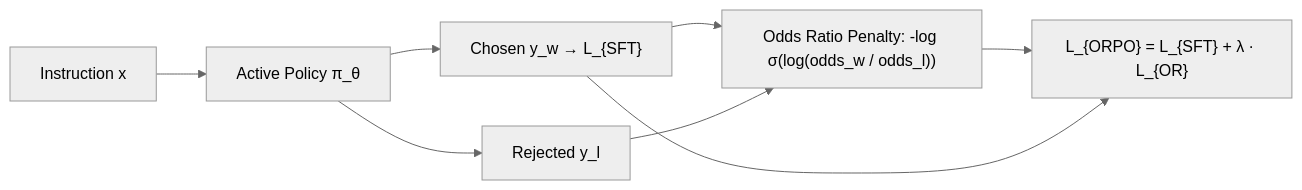
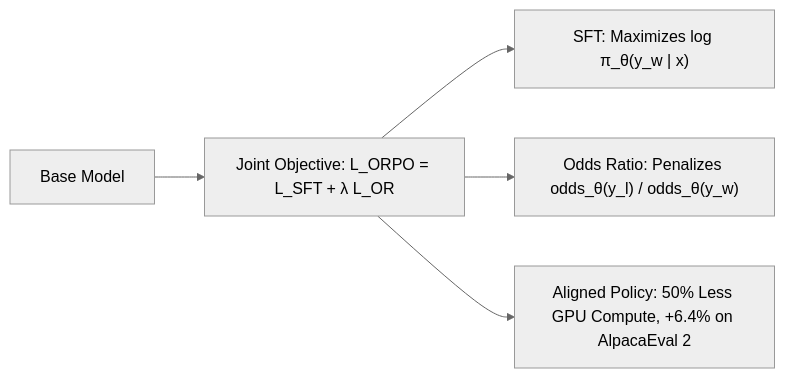
Before and after one commit to hammadshakeelai/prompt-engineering-mastery: the diagram in obsidian_vault/raw_research/snippets/orpo_odds_ratio_preference_optimization.md, drawn with Mermaid (neutral theme). The commit also changed other lines of this file and 1 other file, not shown here.

Commit message:
feat(landmark): Section 302 Odds Ratio Preference Optimization (ORPO) + Master Index Rebuild

````diff
--- a/obsidian_vault/raw_research/snippets/orpo_odds_ratio_preference_optimization.md
+++ b/obsidian_vault/raw_research/snippets/orpo_odds_ratio_preference_optimization.md
@@ -5,8 +6,7 @@
 ```mermaid
 flowchart LR
-    X["Instruction x"] --> MODEL["Active Policy π_θ"]
-    MODEL --> CHOSEN["Chosen y_w → L_{SFT}"]
-    MODEL --> REJECTED["Rejected y_l"]
-    CHOSEN & REJECTED --> ODDS["Odds Ratio Penalty: -log σ(log(odds_w / odds_l))"]
-    ODDS & CHOSEN --> UNIFIED["L_{ORPO} = L_{SFT} + λ · L_{OR}"]
+    Base["Base Model"] --> ORPO["Joint Objective: L_ORPO = L_SFT + λ L_OR"]
+    ORPO --> SFT_Loss["SFT: Maximizes log π_θ(y_w | x)"]
+    ORPO --> OR_Loss["Odds Ratio: Penalizes odds_θ(y_l) / odds_θ(y_w)"]
+    ORPO --> Aligned["Aligned Policy: 50% Less GPU Compute, +6.4% on AlpacaEval 2"]
 ```
````
